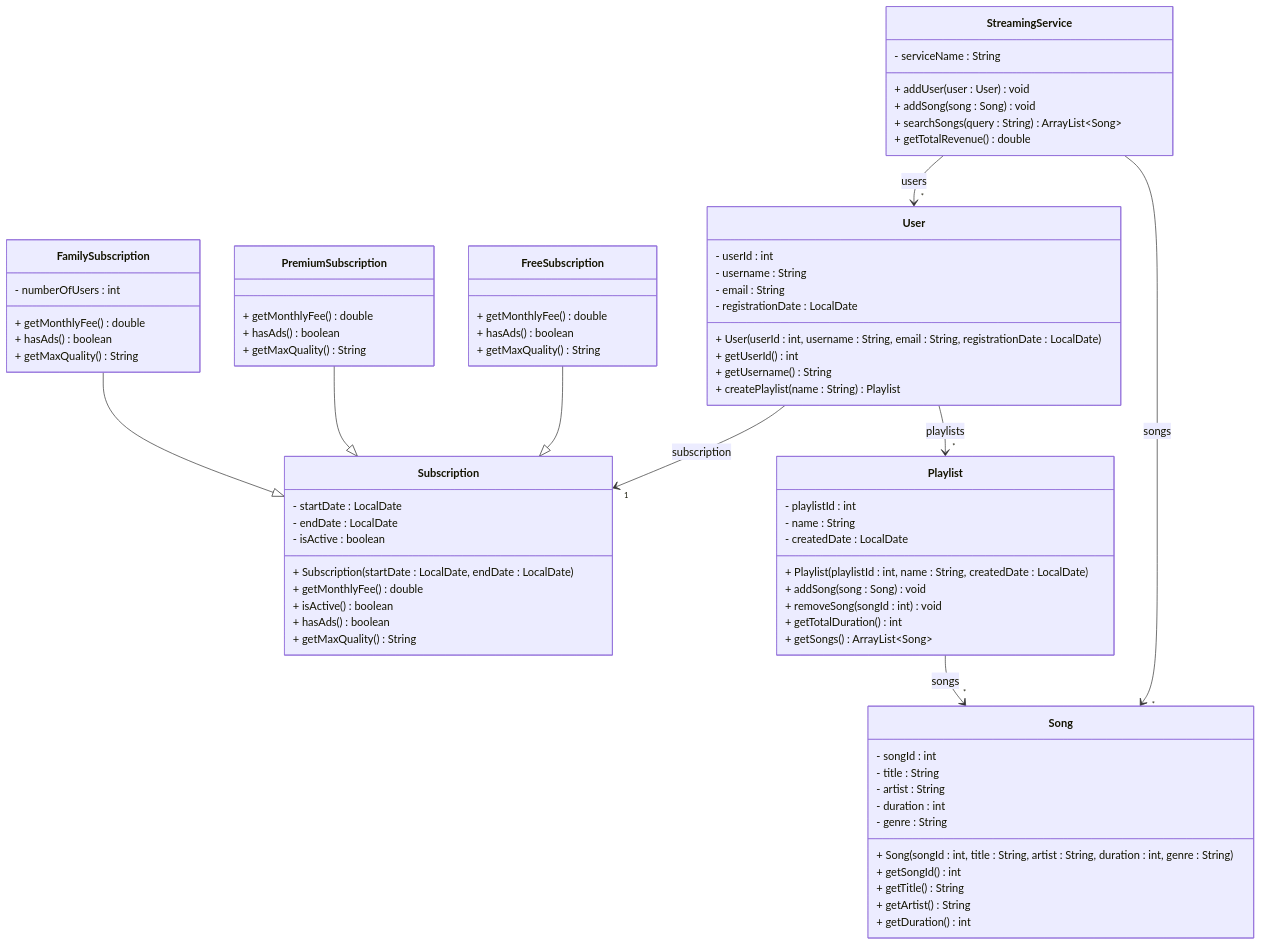
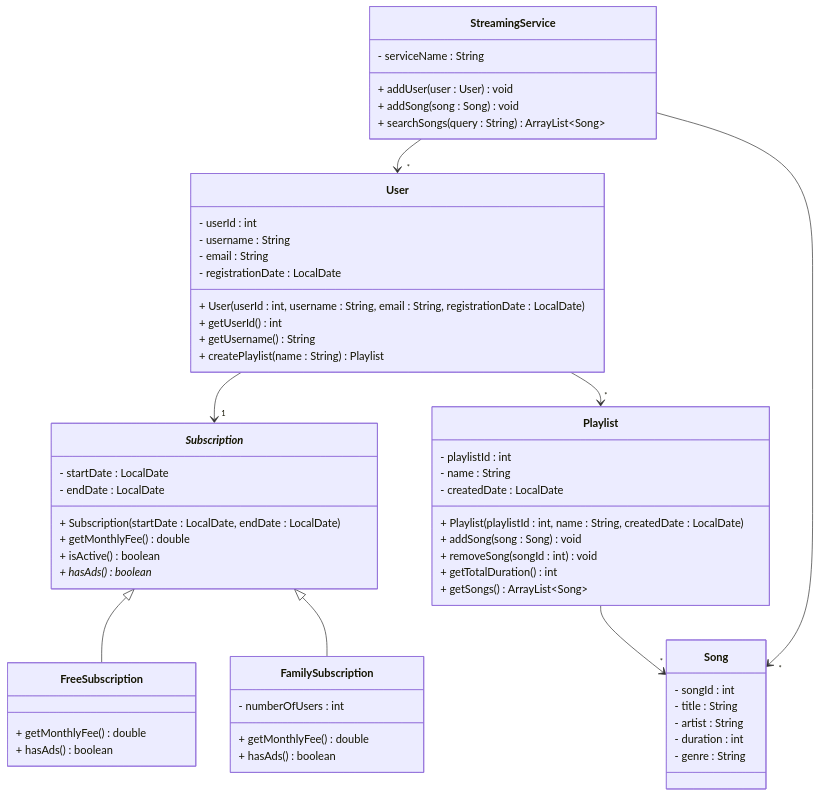
The diagram in Articles/Session 24 - Exam/017 Exercise 16 - Music Streaming.md (TroelsMortensen/Codelabs2), drawn with Mermaid before and after one commit. The commit also changed other lines of this file and 3 other files, not shown here.

````diff
--- a/Articles/Session 24 - Exam/017 Exercise 16 - Music Streaming.md
+++ b/Articles/Session 24 - Exam/017 Exercise 16 - Music Streaming.md
@@ -9,7 +10,6 @@
         + addUser(user : User) void
         + addSong(song : Song) void
         + searchSongs(query : String) ArrayList~Song~
-        + getTotalRevenue() double
     }
     
     class User {
@@ -23,34 +23,24 @@
         + createPlaylist(name : String) Playlist
     }
     
-    class Subscription {
+    class _Subscription_ {
         - startDate : LocalDate
         - endDate : LocalDate
-        - isActive : boolean
         + Subscription(startDate : LocalDate, endDate : LocalDate)
         + getMonthlyFee() double
         + isActive() boolean
-        + hasAds() boolean
-        + getMaxQuality() String
+        + hasAds()* boolean
     }
     
     class FreeSubscription {
         + getMonthlyFee() double
         + hasAds() boolean
-        + getMaxQuality() String
-    }
-    
-    class PremiumSubscription {
-        + getMonthlyFee() double
-        + hasAds() boolean
-        + getMaxQuality() String
     }
     
     class FamilySubscription {
         - numberOfUsers : int
         + getMonthlyFee() double
         + hasAds() boolean
-        + getMaxQuality() String
     }
     
     class Song {
@@ -59,11 +49,6 @@
         - artist : String
         - duration : int
         - genre : String
-        + Song(songId : int, title : String, artist : String, duration : int, genre : String)
-        + getSongId() int
-        + getTitle() String
-        + getArtist() String
-        + getDuration() int
     }
     
     class Playlist {
@@ -77,12 +62,11 @@
         + getSongs() ArrayList~Song~
     }
     
-    StreamingService --> "*" User : users
-    StreamingService --> "*" Song : songs
-    User --> "1" Subscription : subscription
-    User --> "*" Playlist : playlists
-    Playlist --> "*" Song : songs
-    FreeSubscription --|> Subscription
-    PremiumSubscription --|> Subscription
-    FamilySubscription --|> Subscription
+    StreamingService --> "*" User
+    StreamingService --> "*" Song
+    User --> "1" _Subscription_
+    User --> "*" Playlist
+    Playlist --> "*" Song
+    _Subscription_ <|-- FreeSubscription
+    _Subscription_ <|-- FamilySubscription
 ```
````
